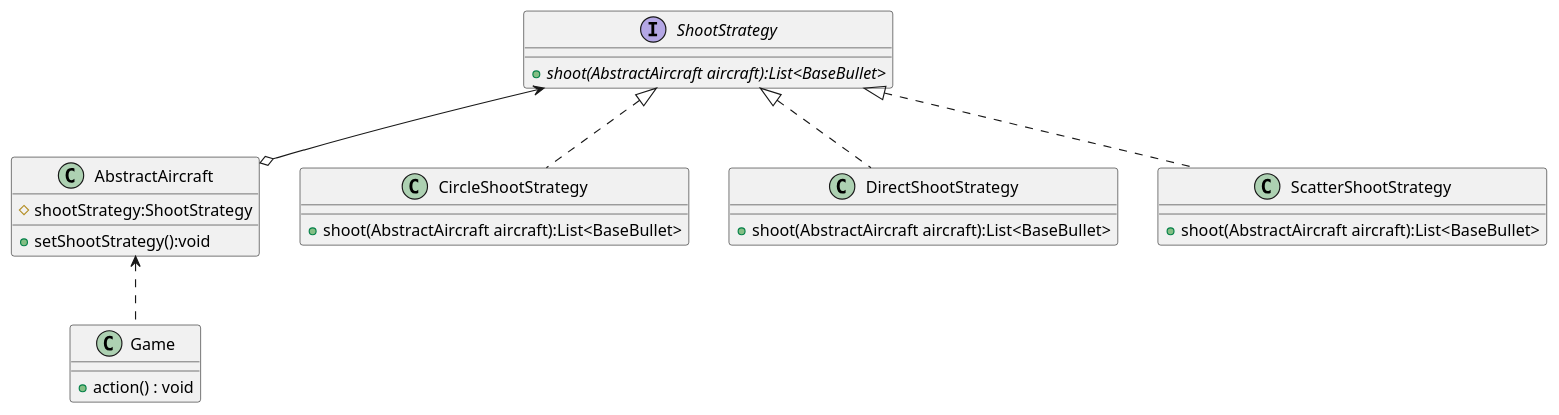
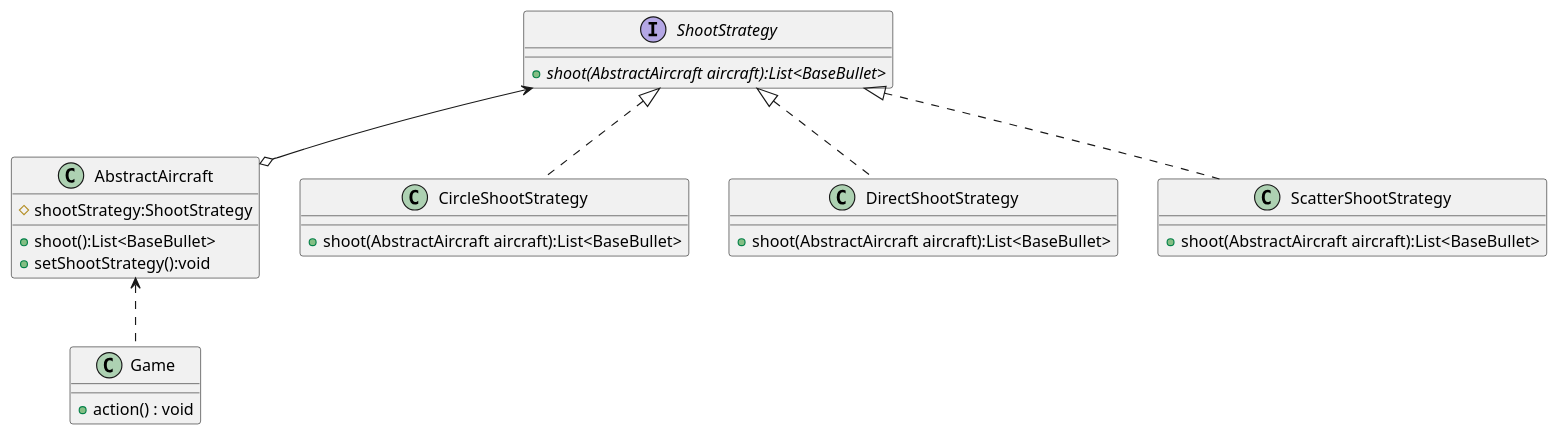
Before and after one commit to xrlexpert/Aircraft-War: the diagram in uml/Strategy_Pattern.puml, drawn with PlantUML. The commit also changed 6 other files, not shown here.

```diff
--- a/uml/Strategy_Pattern.puml
+++ b/uml/Strategy_Pattern.puml
@@ -1,26 +1,27 @@
 @startuml
 class Game{
     + action() : void
 }
 class AbstractAircraft{
     # shootStrategy:ShootStrategy
+    + shoot():List<BaseBullet>
     + setShootStrategy():void
 }
 interface ShootStrategy{
     + {abstract} shoot(AbstractAircraft aircraft):List<BaseBullet>
 }
 class CircleShootStrategy{
     + shoot(AbstractAircraft aircraft):List<BaseBullet>
 }
 class DirectShootStrategy{
     + shoot(AbstractAircraft aircraft):List<BaseBullet>
 }
 class ScatterShootStrategy{
     + shoot(AbstractAircraft aircraft):List<BaseBullet>
 }
 AbstractAircraft <.. Game
 ShootStrategy <--o AbstractAircraft
 ShootStrategy <|.. CircleShootStrategy
 ShootStrategy <|.. DirectShootStrategy
 ShootStrategy <|.. ScatterShootStrategy
 @enduml
```
